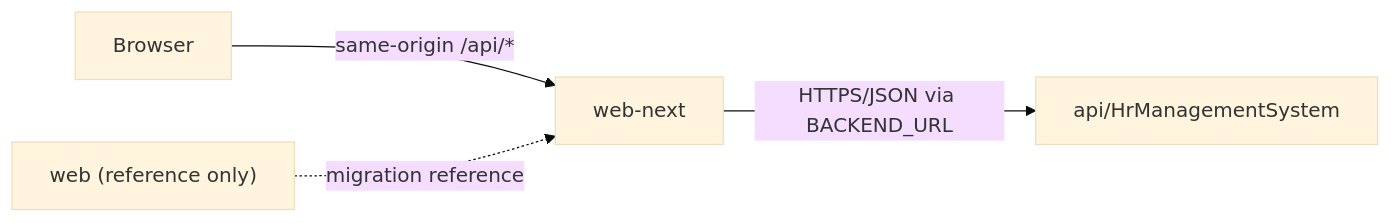
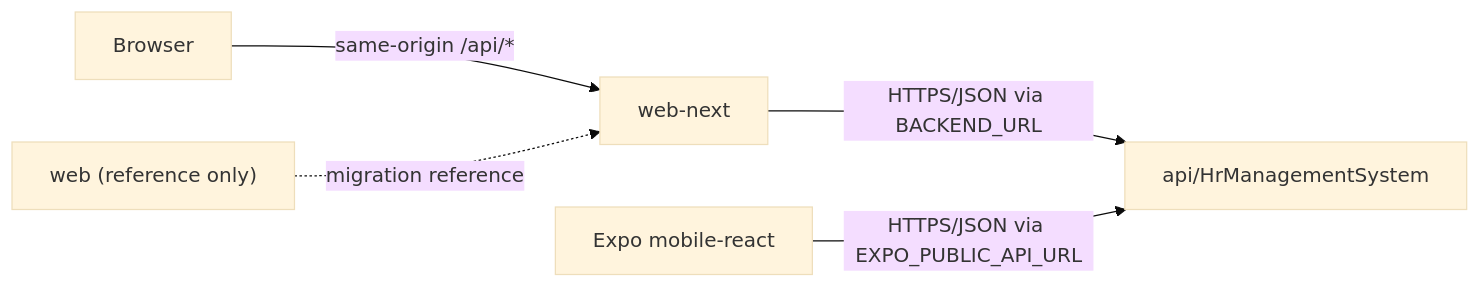
The diagram in README.md (shabanelmogy/hr-system), drawn with Mermaid (base theme) before and after one commit. The commit also changed other lines of this file and 155 other files, not shown here.

````diff
--- a/README.md
+++ b/README.md
@@ -23,6 +35,7 @@
 ```mermaid
 flowchart LR
     Browser["Browser"] -->|"same-origin /api/*"| WebNext["web-next"]
     WebNext -->|"HTTPS/JSON via BACKEND_URL"| Api["api/HrManagementSystem"]
+    Mobile["Expo mobile-react"] -->|"HTTPS/JSON via EXPO_PUBLIC_API_URL"| Api
     Legacy["web (reference only)"] -.->|"migration reference"| WebNext
 ```
````
